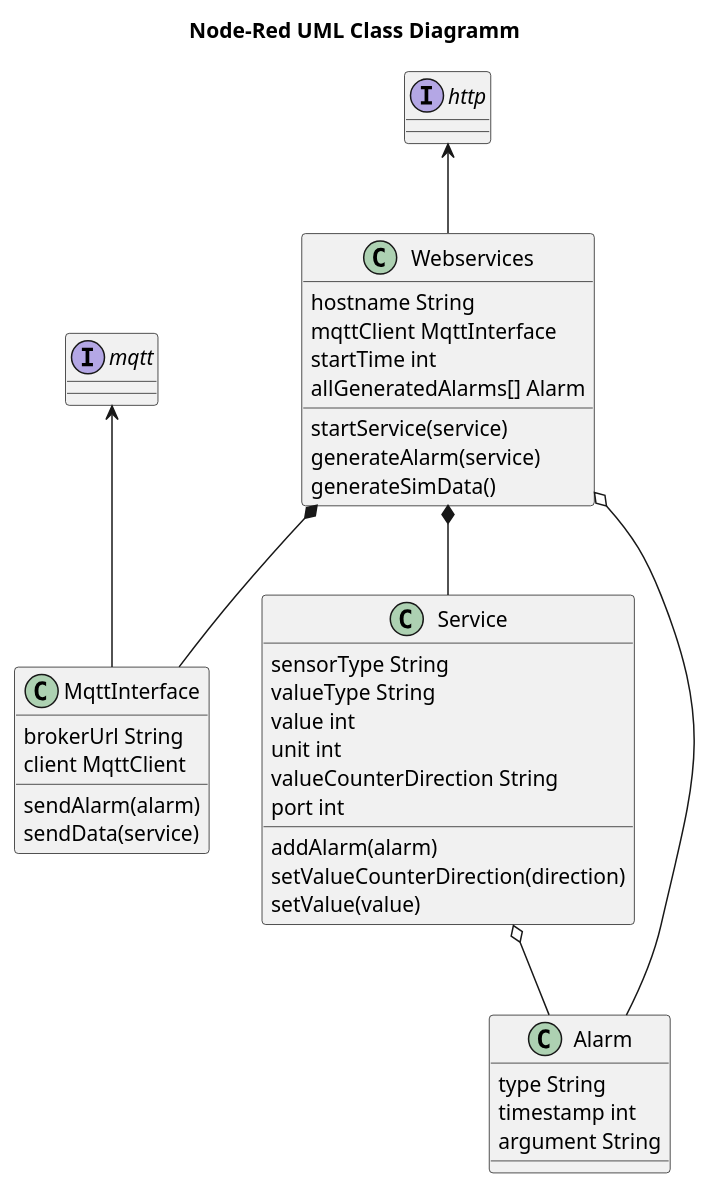
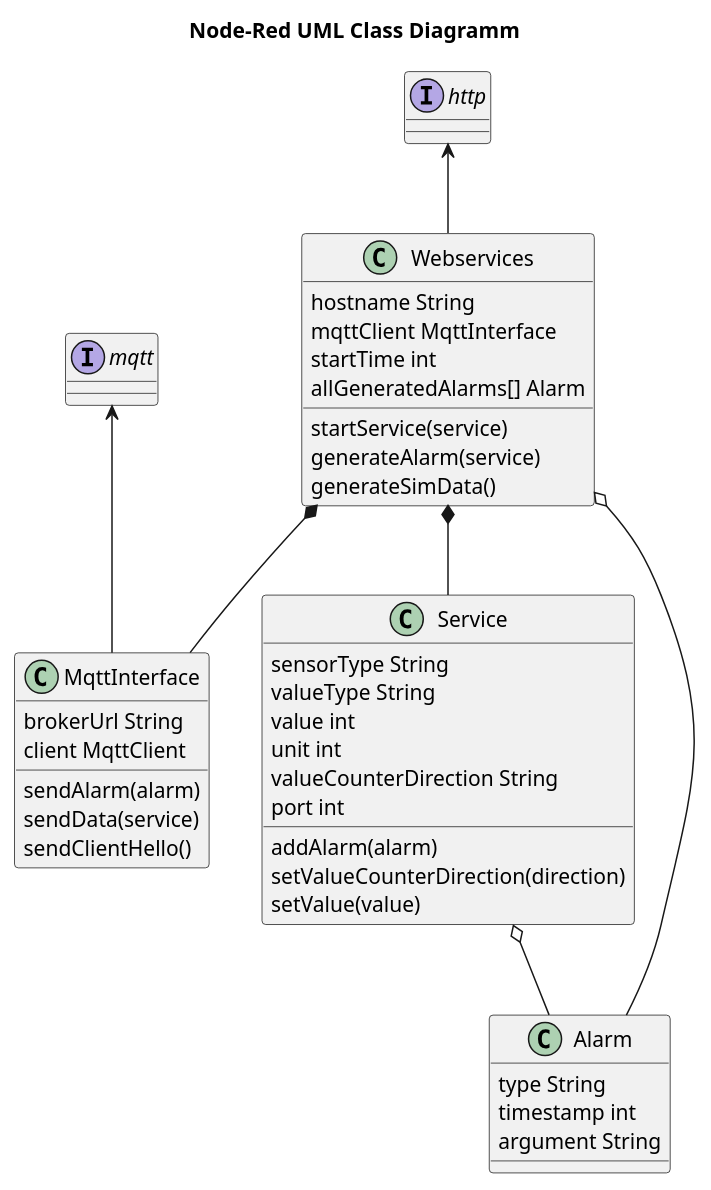
One commit to appist-dev/agteletud-node-red changed the diagram in docs/uml/node-red_class.puml. Above: the diagram before and after it, drawn with PlantUML. The commit also changed 1 other file, not shown here.

Commit message:
update class diagram

```diff
--- a/docs/uml/node-red_class.puml
+++ b/docs/uml/node-red_class.puml
@@ -1,42 +1,44 @@
 @startuml
 
 title "Node-Red UML Class Diagramm"
 
 Webservices *-- Service
 http <-- Webservices
 interface http
 Webservices o-- Alarm
 Service o-- Alarm
 Webservices *-- MqttInterface
 mqtt <-- MqttInterface
 interface mqtt
 
 
 Webservices : hostname String
 Webservices : mqttClient MqttInterface
 Webservices : startTime int
 Webservices : allGeneratedAlarms[] Alarm
 Webservices : startService(service)
 Webservices : generateAlarm(service)
 Webservices : generateSimData()
 
+
 Service : sensorType String
 Service : valueType String
 Service : value int
 Service : unit int
 Service : valueCounterDirection String
 Service : port int
 Service : addAlarm(alarm)
 Service : setValueCounterDirection(direction)
 Service : setValue(value)
 
 Alarm : type String
 Alarm : timestamp int
 Alarm : argument String
 
 MqttInterface : brokerUrl String
 MqttInterface : client MqttClient
 MqttInterface : sendAlarm(alarm)
 MqttInterface : sendData(service)
+MqttInterface : sendClientHello()
 
 @enduml
```
